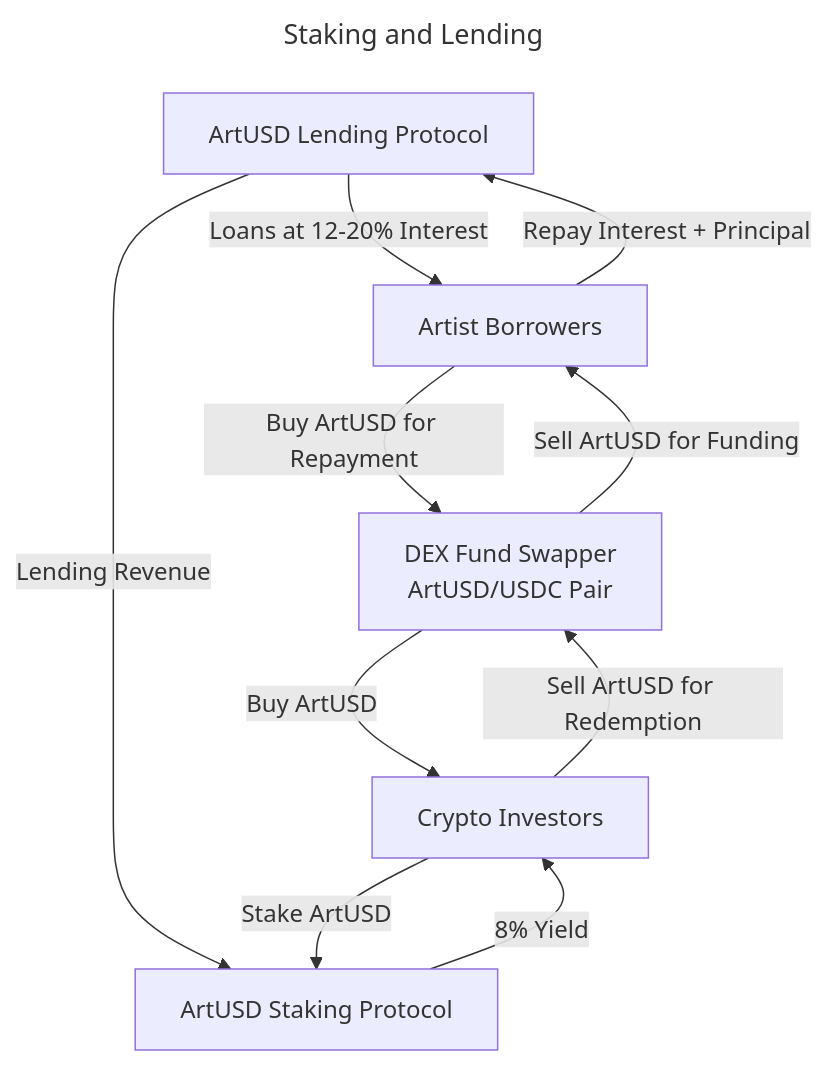
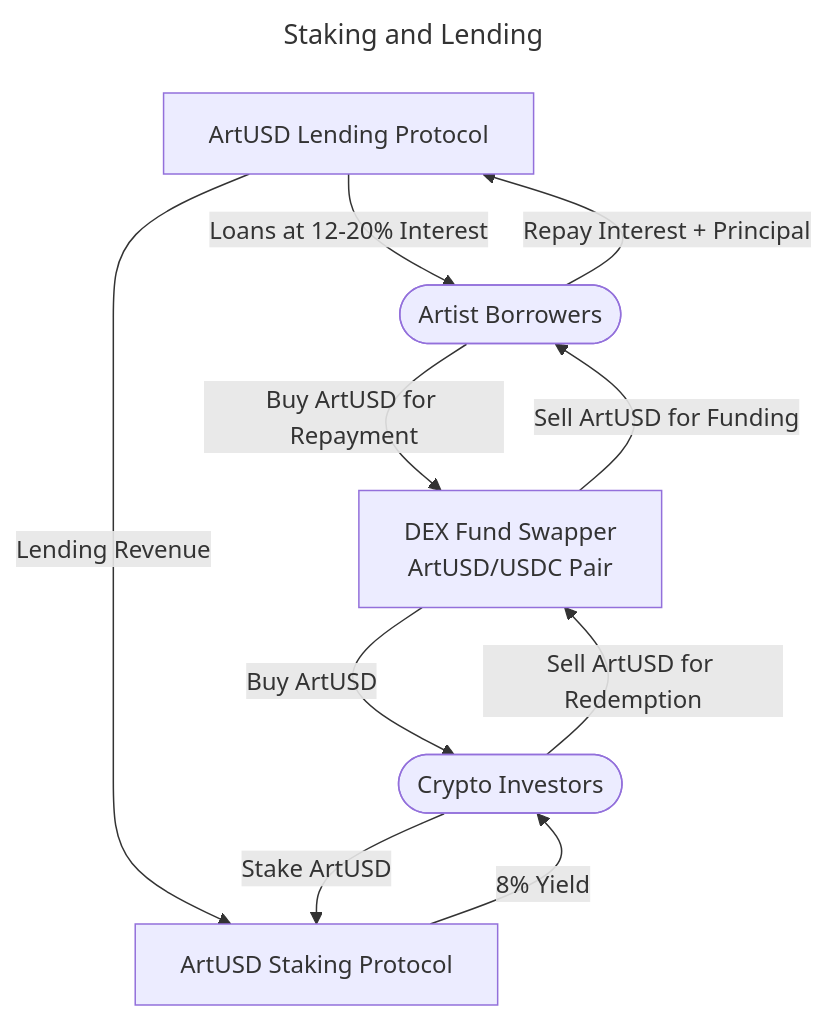
One commit to realmatterio/ArtUSD changed the second of 2 diagrams in ArtUSD Finance Protocol and Revenue Streams.md. Above: the diagram before and after it, drawn with Mermaid.

Commit message:
Update ArtUSD Finance Protocol and Revenue Streams.md

````diff
--- a/ArtUSD Finance Protocol and Revenue Streams.md
+++ b/ArtUSD Finance Protocol and Revenue Streams.md
@@ -72,15 +72,15 @@
 ```mermaid
 ---
 title: Staking and Lending
 ---
 graph TD
-    A[ArtUSD Lending Protocol] -->|Loans at 12-20% Interest| B[Artist Borrowers]
+    A[ArtUSD Lending Protocol] -->|Loans at 12-20% Interest| B([Artist Borrowers])
     B -->|Repay Interest + Principal| A
     A -->|Lending Revenue| C[ArtUSD Staking Protocol]
-    C -->|8% Yield| D[Crypto Investors]
+    C -->|8% Yield| D([Crypto Investors])
     D -->|Stake ArtUSD| C
     E[DEX Fund Swapper<br>ArtUSD/USDC Pair] -->|Buy ArtUSD| D
     E -->|Sell ArtUSD for Funding| B
     B -->|Buy ArtUSD for Repayment| E
     D -->|Sell ArtUSD for Redemption| E
 ```
````
